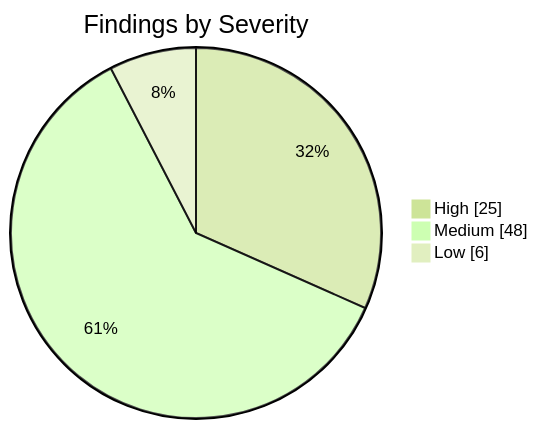
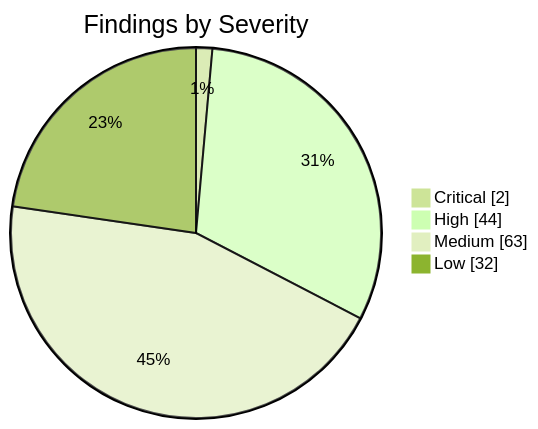
One commit to KBVE/kbve changed the first of 2 diagrams in apps/kbve/astro-kbve/src/content/docs/dashboard/security.mdx. Above: the diagram before and after it, drawn with Mermaid (forest theme). The commit also changed other lines of this file and 8 other files, not shown here.

````diff
--- a/apps/kbve/astro-kbve/src/content/docs/dashboard/security.mdx
+++ b/apps/kbve/astro-kbve/src/content/docs/dashboard/security.mdx
@@ -62,7 +62,8 @@
 ```mermaid
 pie showData
     title Findings by Severity
-    "High" : 25
-    "Medium" : 48
-    "Low" : 6
+    "Critical" : 2
+    "High" : 44
+    "Medium" : 63
+    "Low" : 32
 ```
````
